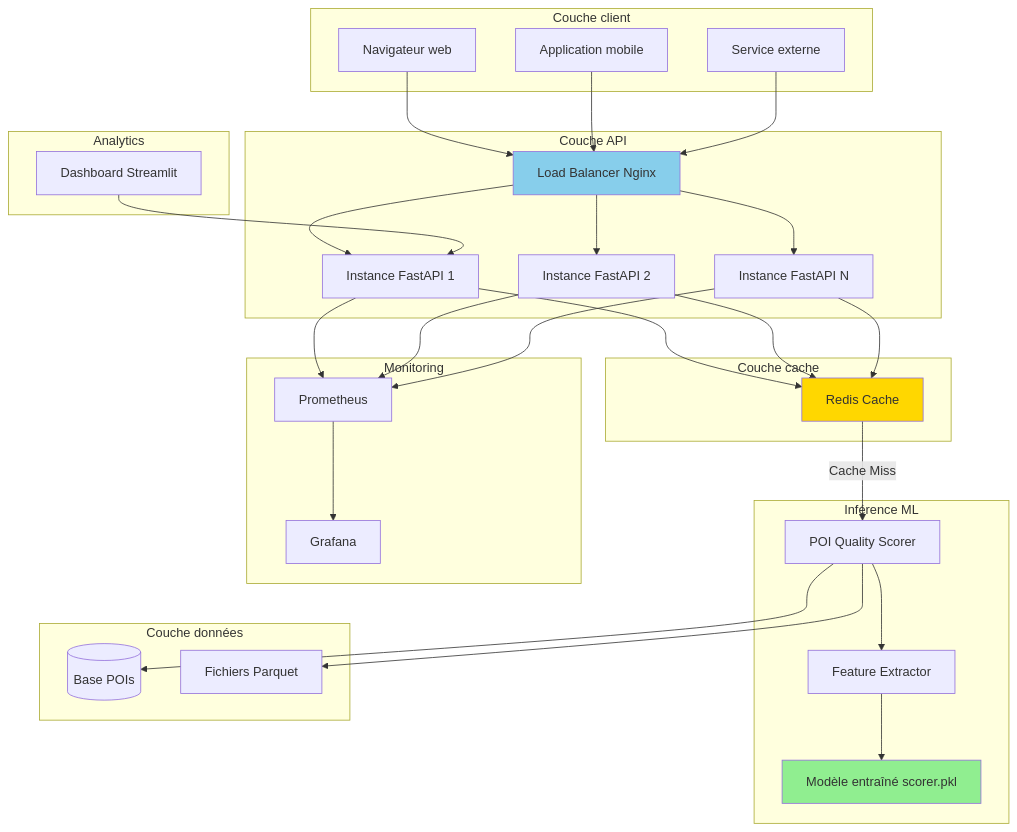
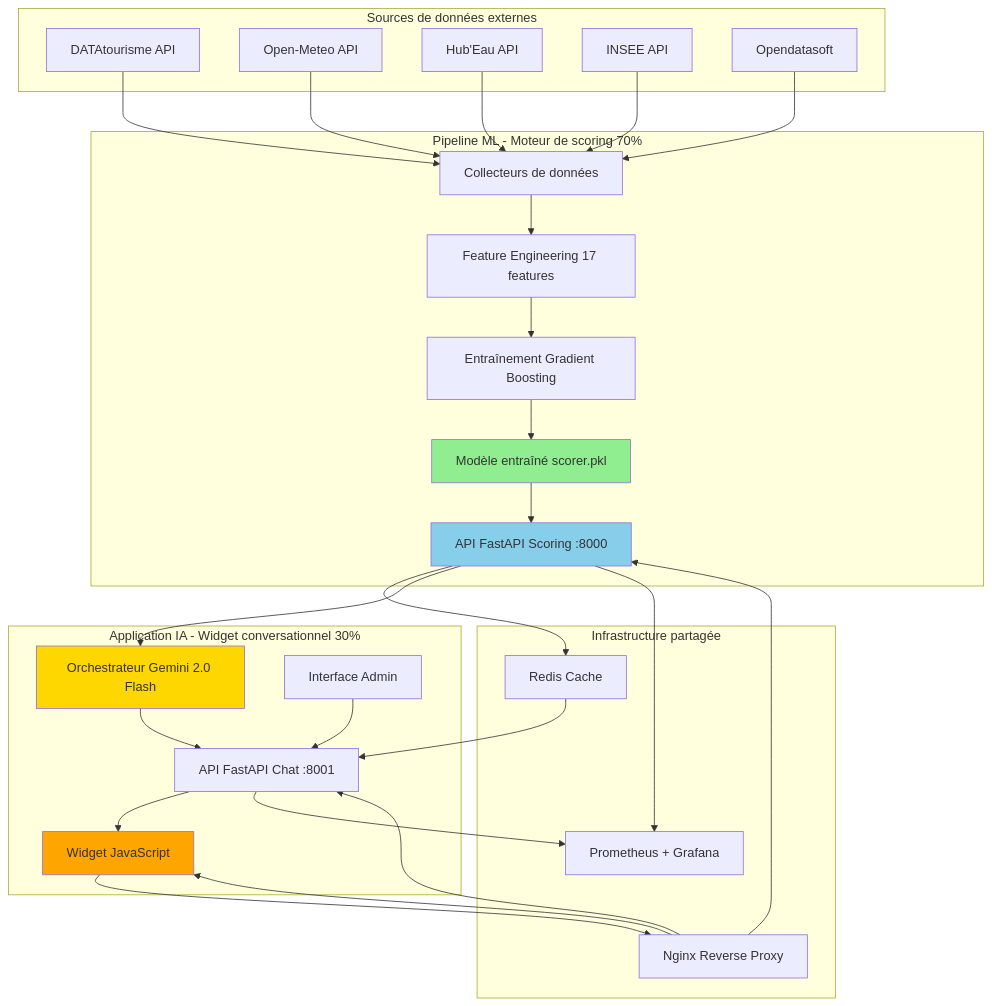
One commit to Aguern/alpine-guide-ML changed the first of 2 diagrams in README.md. Above: the diagram before and after it, drawn with Mermaid. The commit also changed other lines of this file and 79 other files, not shown here.

````diff
--- a/README.md
+++ b/README.md
@@ -155,70 +63,63 @@
 ```mermaid
 graph TB
-    subgraph "Couche client"
-        A[Navigateur web]
-        B[Application mobile]
-        C[Service externe]
+    subgraph "Sources de données externes"
+        A1[DATAtourisme API]
+        A2[Open-Meteo API]
+        A3[Hub'Eau API]
+        A4[INSEE API]
+        A5[Opendatasoft]
     end
 
-    subgraph "Couche API"
-        D[Load Balancer Nginx]
-        E1[Instance FastAPI 1]
-        E2[Instance FastAPI 2]
-        E3[Instance FastAPI N]
+    subgraph "Pipeline ML - Moteur de scoring 70%"
+        B1[Collecteurs de données]
+        B2[Feature Engineering 17 features]
+        B3[Entraînement Gradient Boosting]
+        B4[Modèle entraîné scorer.pkl]
+        B5[API FastAPI Scoring :8000]
     end
 
-    subgraph "Couche cache"
-        F[Redis Cache]
+    subgraph "Application IA - Widget conversationnel 30%"
+        C1[Orchestrateur Gemini 2.0 Flash]
+        C2[API FastAPI Chat :8001]
+        C3[Widget JavaScript]
+        C4[Interface Admin]
     end
 
-    subgraph "Inférence ML"
-        G[POI Quality Scorer]
-        H[Feature Extractor]
-        I[Modèle entraîné scorer.pkl]
+    subgraph "Infrastructure partagée"
+        D1[Redis Cache]
+        D2[Nginx Reverse Proxy]
+        D3[Prometheus + Grafana]
     end
 
-    subgraph "Couche données"
-        J[(Base POIs)]
-        K[Fichiers Parquet]
-    end
+    A1 --> B1
+    A2 --> B1
+    A3 --> B1
+    A4 --> B1
+    A5 --> B1
 
-    subgraph "Monitoring"
-        L[Prometheus]
-        M[Grafana]
-    end
+    B1 --> B2
+    B2 --> B3
+    B3 --> B4
+    B4 --> B5
 
-    subgraph "Analytics"
-        N[Dashboard Streamlit]
-    end
+    B5 --> D1
+    B5 --> C1
+    C1 --> C2
+    C2 --> C3
 
-    A --> D
-    B --> D
-    C --> D
+    D1 --> C2
+    D2 --> B5
+    D2 --> C2
+    D2 --> C3
 
-    D --> E1
-    D --> E2
-    D --> E3
+    C3 --> D2
+    C4 --> C2
 
-    E1 --> F
-    E2 --> F
-    E3 --> F
+    B5 --> D3
+    C2 --> D3
 
-    F -- Cache Miss --> G
-    G --> H
-    H --> I
-
-    G --> J
-    G --> K
-
-    E1 --> L
-    E2 --> L
-    E3 --> L
-
-    L --> M
-
-    N --> E1
-
-    style I fill:#90EE90
-    style F fill:#FFD700
-    style D fill:#87CEEB
+    style B4 fill:#90EE90
+    style B5 fill:#87CEEB
+    style C1 fill:#FFD700
+    style C3 fill:#FFA500
 ```
````
